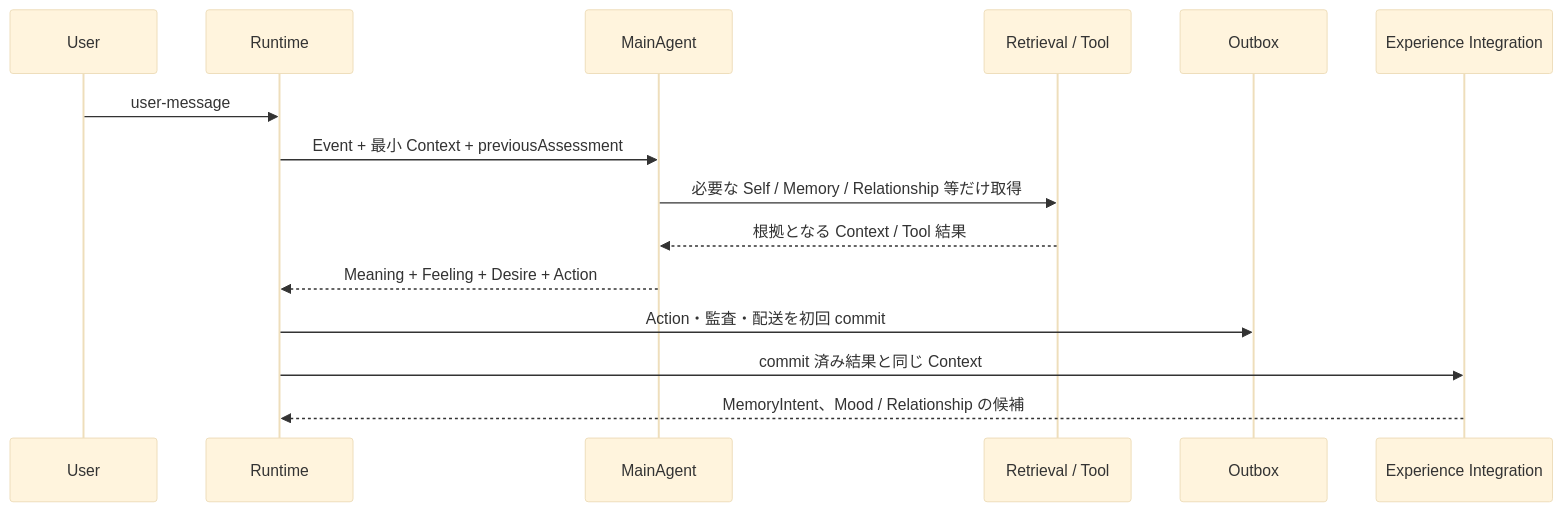
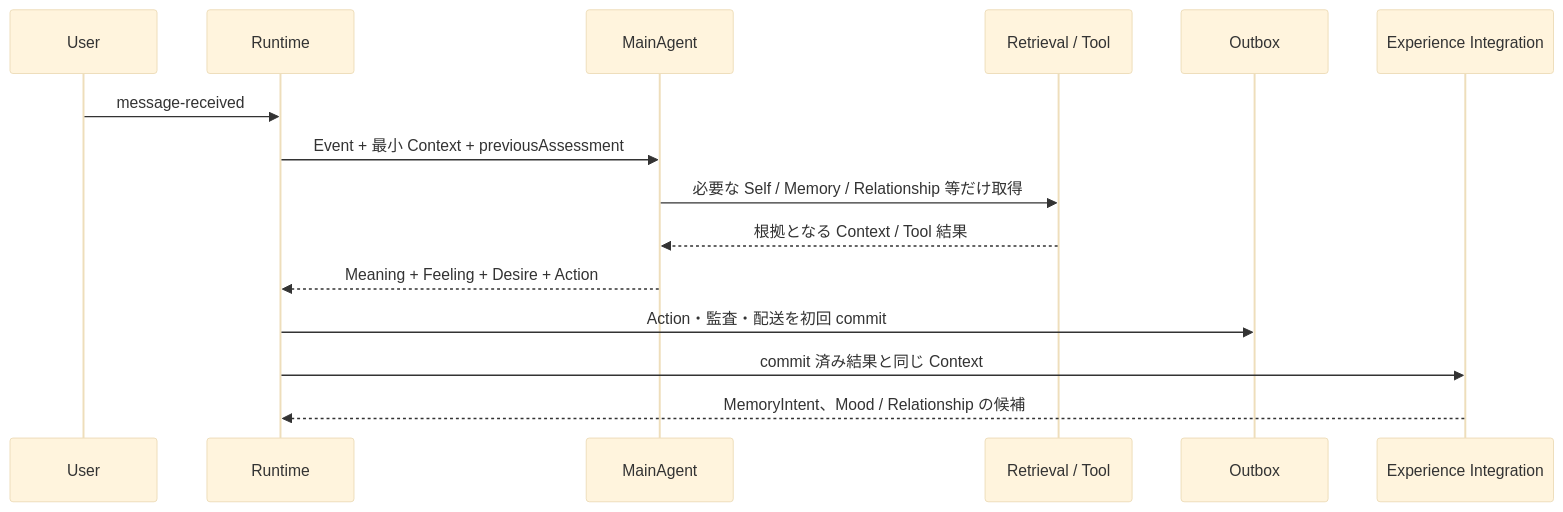
The fourth of 6 diagrams in docs/AGENT_EVENT_AND_EXPERIENCE_OVERVIEW.md (if001/social_agent), drawn with Mermaid (base theme) before and after one commit. The commit also changed other lines of this file and 7 other files, not shown here.

````diff
--- a/docs/AGENT_EVENT_AND_EXPERIENCE_OVERVIEW.md
+++ b/docs/AGENT_EVENT_AND_EXPERIENCE_OVERVIEW.md
@@ -96,18 +108,18 @@
 ```mermaid
 sequenceDiagram
     participant U as User
     participant R as Runtime
     participant M as MainAgent
     participant T as Retrieval / Tool
     participant O as Outbox
     participant X as Experience Integration
 
-    U->>R: user-message
+    U->>R: message-received
     R->>M: Event + 最小 Context + previousAssessment
     M->>T: 必要な Self / Memory / Relationship 等だけ取得
     T-->>M: 根拠となる Context / Tool 結果
     M-->>R: Meaning + Feeling + Desire + Action
     R->>O: Action・監査・配送を初回 commit
     R->>X: commit 済み結果と同じ Context
     X-->>R: MemoryIntent、Mood / Relationship の候補
 ```
````
